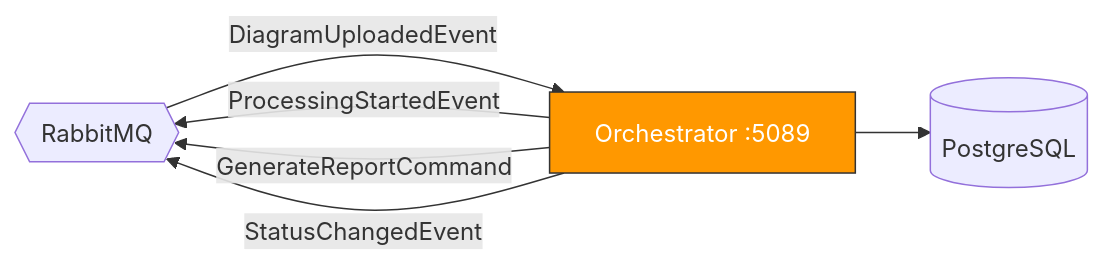
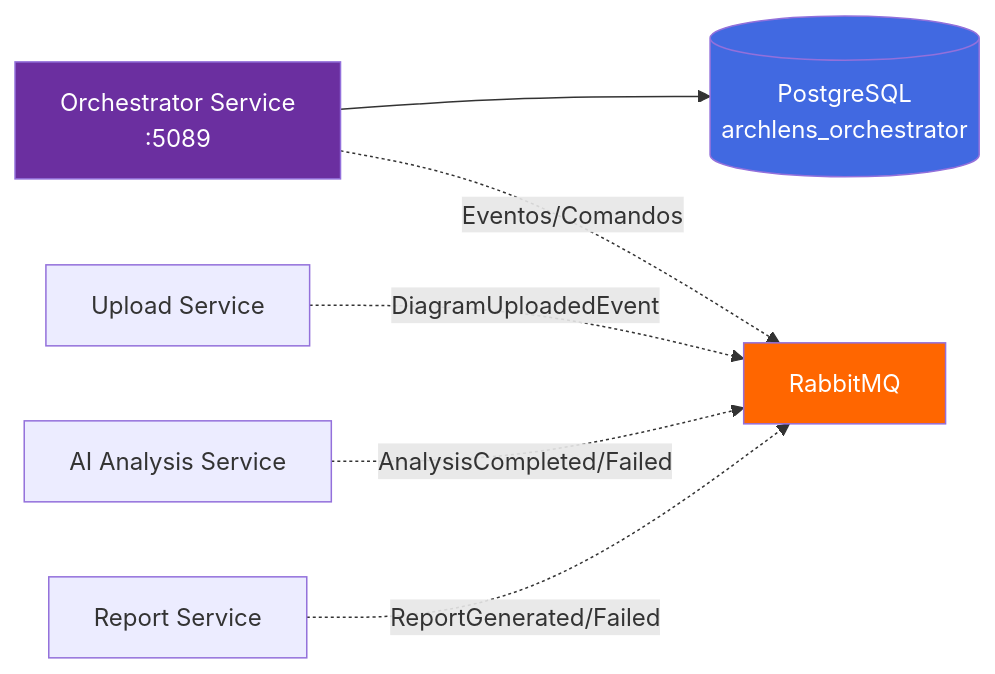
The fourth of 7 diagrams in README.md (ArchLens-Fiap/archlens-orchestrator-service), drawn with Mermaid before and after one commit. The commit also changed other lines of this file, not shown here.

````diff
--- a/README.md
+++ b/README.md
@@ -7,9 +130,13 @@
 ```mermaid
 graph LR
-    BUS{{RabbitMQ}} -->|DiagramUploadedEvent| ORCH[Orchestrator :5089]
-    ORCH --> PG[(PostgreSQL)]
-    ORCH -->|ProcessingStartedEvent| BUS
-    ORCH -->|GenerateReportCommand| BUS
-    ORCH -->|StatusChangedEvent| BUS
-    style ORCH fill:#FF9800,stroke:#333,color:#fff
+    ORCH[Orchestrator Service<br/>:5089] --> PG[(PostgreSQL<br/>archlens_orchestrator)]
+    ORCH -.->|Eventos/Comandos| RMQ[RabbitMQ]
+
+    UP[Upload Service] -.->|DiagramUploadedEvent| RMQ
+    AI[AI Analysis Service] -.->|AnalysisCompleted/Failed| RMQ
+    RPT[Report Service] -.->|ReportGenerated/Failed| RMQ
+
+    style PG fill:#4169E1,color:#fff
+    style RMQ fill:#ff6600,color:#fff
+    style ORCH fill:#6B2FA0,color:#fff
 ```
````
